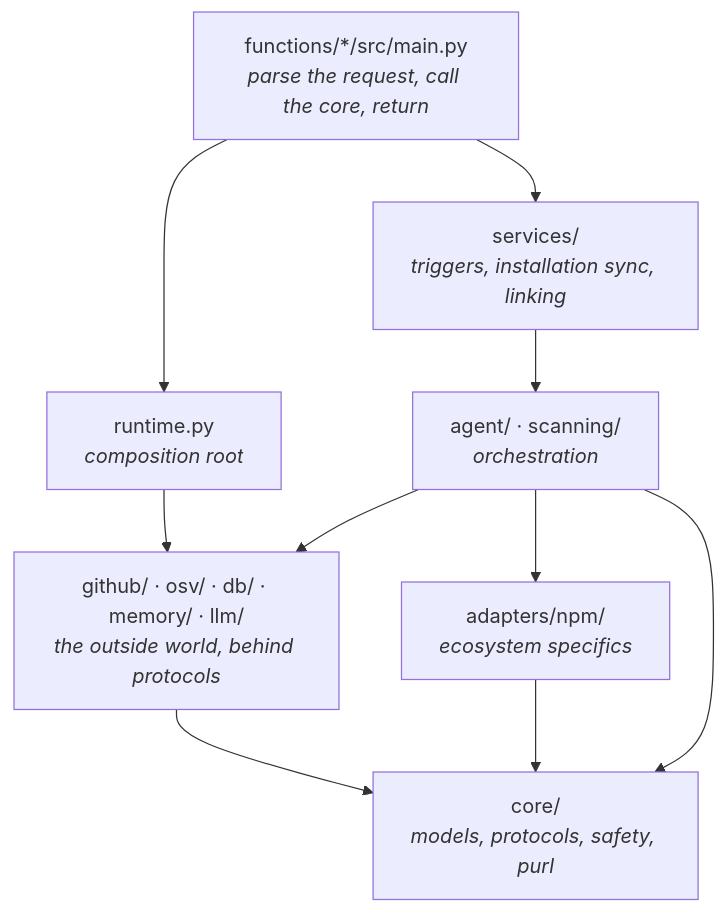
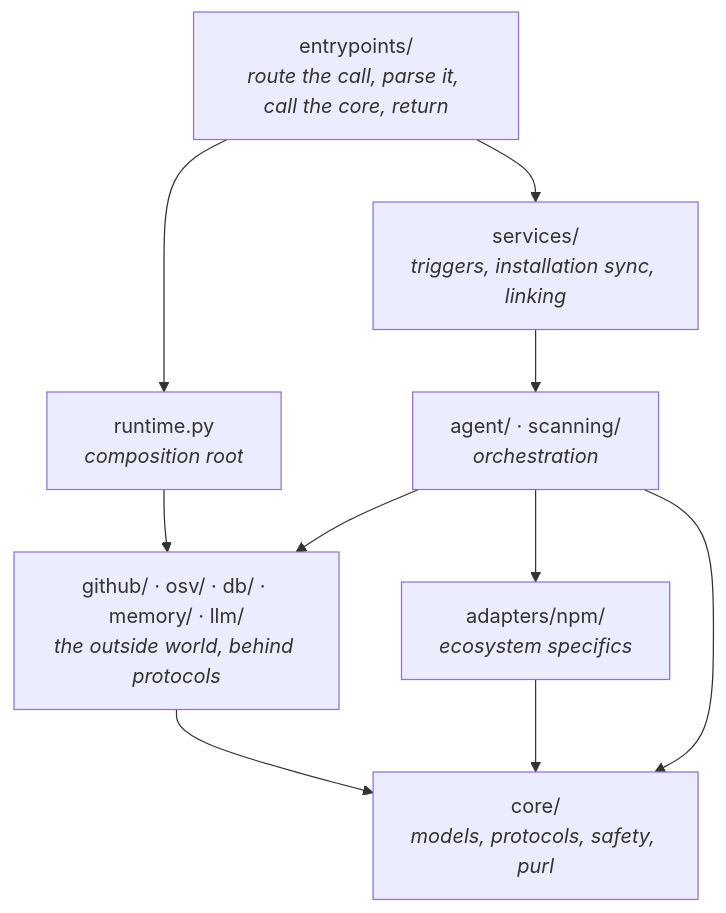
One commit to PranavViswanathan/Hydra changed the second of 5 diagrams in docs/architecture.md. Above: the diagram before and after it, drawn with Mermaid. The commit also changed other lines of this file and 36 other files, not shown here.

````diff
--- a/docs/architecture.md
+++ b/docs/architecture.md
@@ -74,20 +82,20 @@
 ```mermaid
 flowchart TD
-    FUNCTIONS["functions/*/src/main.py<br/><i>parse the request, call the core, return</i>"]
+    FUNCTIONS["entrypoints/<br/><i>route the call, parse it, call the core, return</i>"]
     RUNTIME["runtime.py<br/><i>composition root</i>"]
     SERVICES["services/<br/><i>triggers, installation sync, linking</i>"]
     AGENT["agent/ · scanning/<br/><i>orchestration</i>"]
     IO["github/ · osv/ · db/ · memory/ · llm/<br/><i>the outside world, behind protocols</i>"]
     ADAPTERS["adapters/npm/<br/><i>ecosystem specifics</i>"]
     CORE["core/<br/><i>models, protocols, safety, purl</i>"]
 
     FUNCTIONS --> RUNTIME
     FUNCTIONS --> SERVICES
     RUNTIME --> IO
     SERVICES --> AGENT
     AGENT --> IO
     AGENT --> ADAPTERS
     IO --> CORE
     ADAPTERS --> CORE
     AGENT --> CORE
 ```
````
